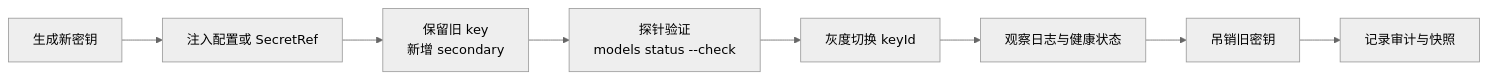
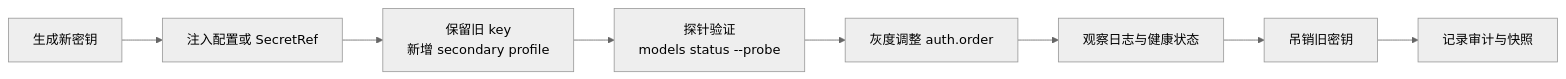
The second of 2 diagrams in 11_reliability_security/11.1_auth_profiles.md (yeasy/openclaw_guide), drawn with Mermaid (neutral theme) before and after one commit. The commit also changed other lines of this file and 89 other files, not shown here.

````diff
--- a/11_reliability_security/11.1_auth_profiles.md
+++ b/11_reliability_security/11.1_auth_profiles.md
@@ -70,10 +70,10 @@
 ```mermaid
 flowchart LR
   A["生成新密钥"] --> B["注入配置或 SecretRef"]
-  B --> C["保留旧 key<br/>新增 secondary"]
-  C --> D["探针验证<br/>models status --check"]
-  D --> E["灰度切换 keyId"]
+  B --> C["保留旧 key<br/>新增 secondary profile"]
+  C --> D["探针验证<br/>models status --probe"]
+  D --> E["灰度调整 auth.order"]
   E --> F["观察日志与健康状态"]
   F --> G["吊销旧密钥"]
   G --> H["记录审计与快照"]
 ```
````
